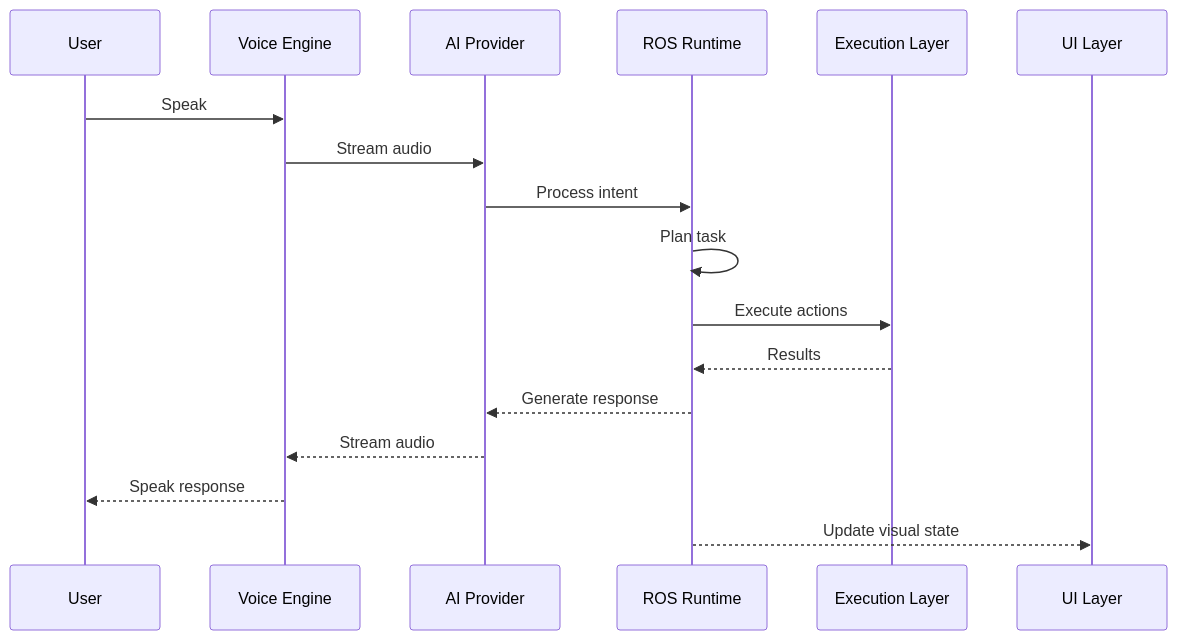
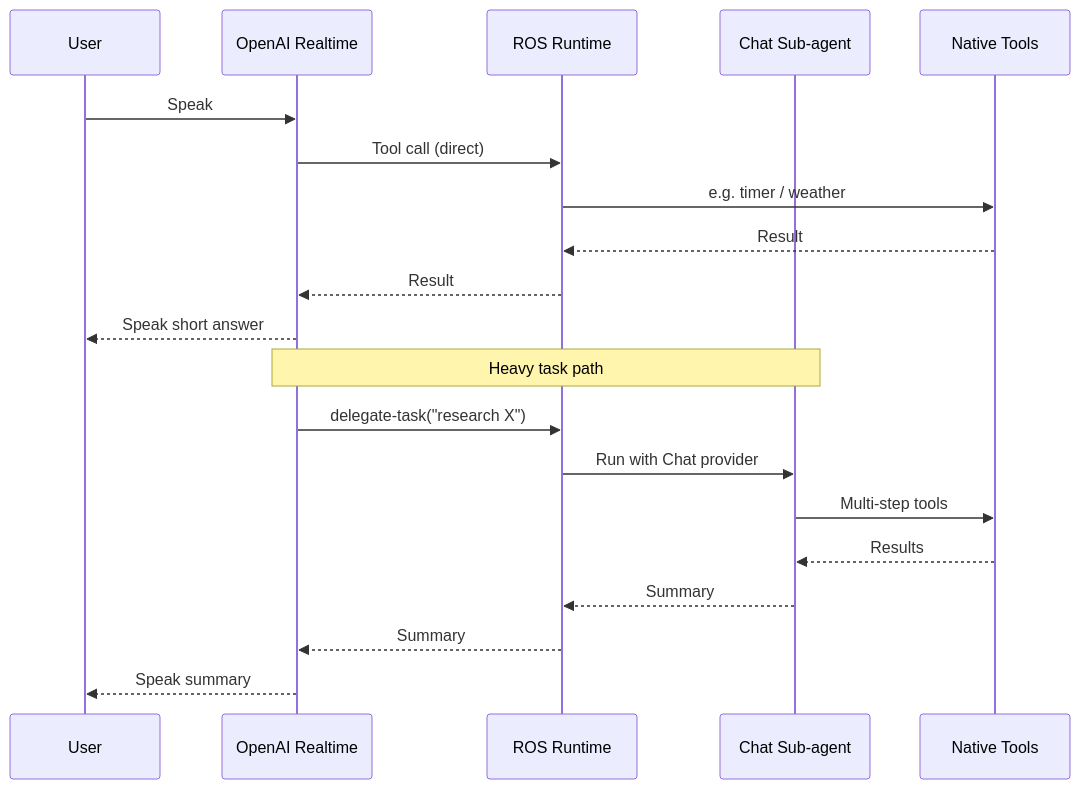
Before and after one commit to openrocky/openrocky.github.io: the second of 4 diagrams in docs/architecture.md, drawn with Mermaid. The commit also changed other lines of this file and 7 other files, not shown here.

First line of the commit message:
docs: sync to single-track voice architecture

````diff
--- a/docs/architecture.md
+++ b/docs/architecture.md
@@ -55,20 +63,24 @@
 ```mermaid
 sequenceDiagram
     participant User
-    participant Voice as Voice Engine
-    participant AI as AI Provider
+    participant RT as OpenAI Realtime
     participant ROS as ROS Runtime
-    participant Exec as Execution Layer
-    participant UI as UI Layer
+    participant Sub as Chat Sub-agent
+    participant Tools as Native Tools
 
-    User->>Voice: Speak
-    Voice->>AI: Stream audio
-    AI->>ROS: Process intent
-    ROS->>ROS: Plan task
-    ROS->>Exec: Execute actions
-    Exec-->>ROS: Results
-    ROS-->>AI: Generate response
-    AI-->>Voice: Stream audio
-    Voice-->>User: Speak response
-    ROS-->>UI: Update visual state
+    User->>RT: Speak
+    RT->>ROS: Tool call (direct)
+    ROS->>Tools: e.g. timer / weather
+    Tools-->>ROS: Result
+    ROS-->>RT: Result
+    RT-->>User: Speak short answer
+
+    Note over RT,Sub: Heavy task path
+    RT->>ROS: delegate-task("research X")
+    ROS->>Sub: Run with Chat provider
+    Sub->>Tools: Multi-step tools
+    Tools-->>Sub: Results
+    Sub-->>ROS: Summary
+    ROS-->>RT: Summary
+    RT-->>User: Speak summary
 ```
````
